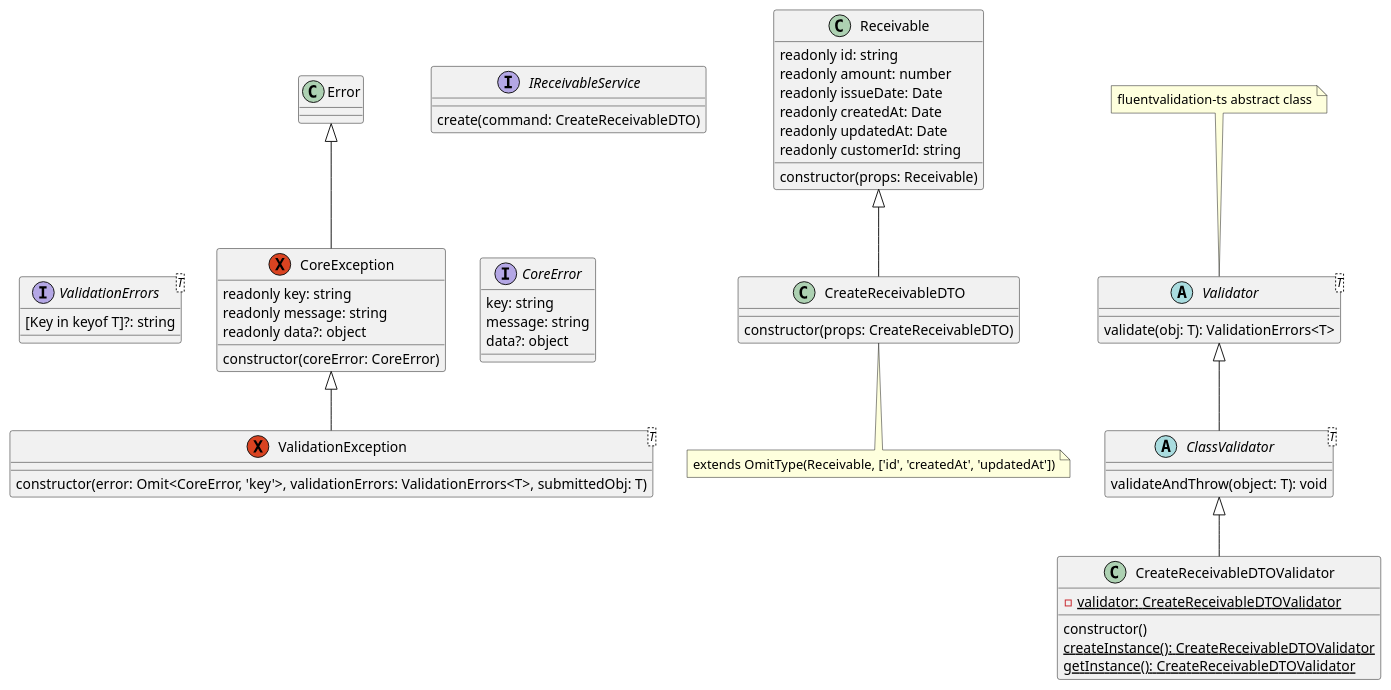
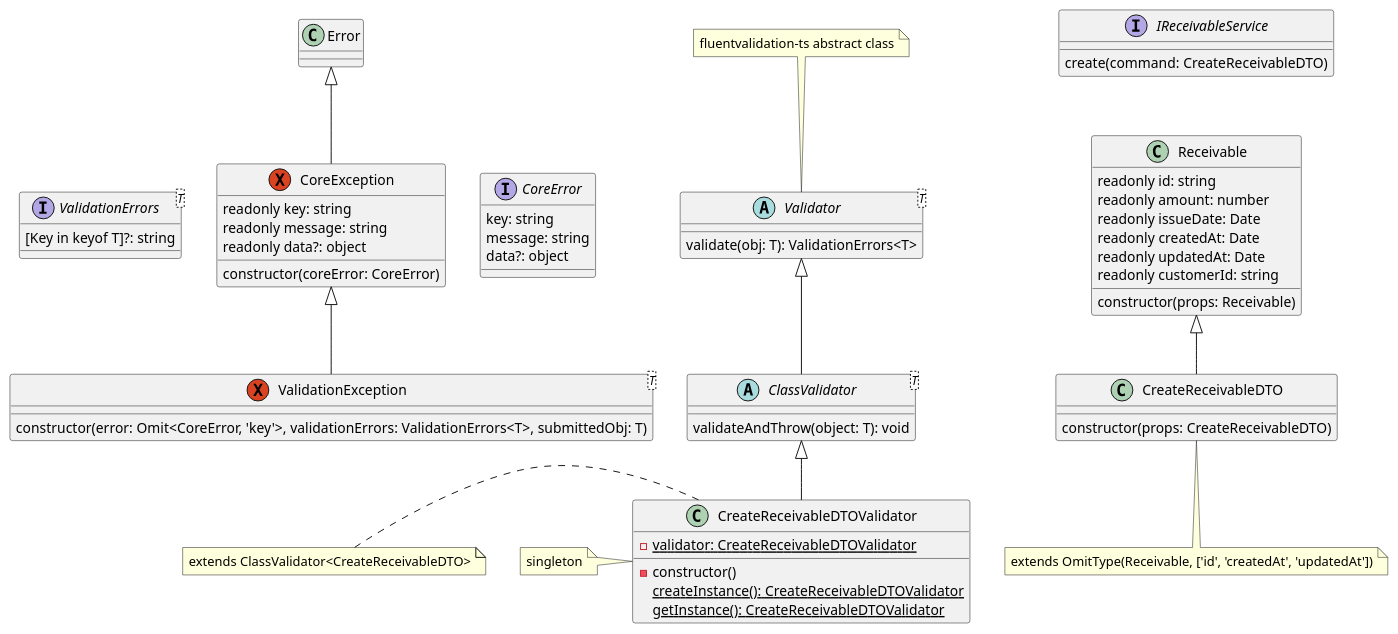
One commit to giancarloCavalli/class-validation-ts changed the diagram in docs/puml/class-validator-uml.wsd. Above: the diagram before and after it, drawn with PlantUML. The commit also changed 1 other file, not shown here.

Commit message:
docs: changes to class validation UML diagram

```diff
--- a/docs/puml/class-validator-uml.wsd
+++ b/docs/puml/class-validator-uml.wsd
@@ -1,69 +1,74 @@
 @startuml "ClassValidatorUML"
 
 interface IReceivableService {
   create(command: CreateReceivableDTO)
 }
 
 class Receivable {
   readonly id: string
   readonly amount: number
   readonly issueDate: Date
   readonly createdAt: Date
   readonly updatedAt: Date
   readonly customerId: string
 
   constructor(props: Receivable)
 }
+
+IReceivableService --[hidden]d> Receivable
 
 class CreateReceivableDTO extends Receivable {
   constructor(props: CreateReceivableDTO)
 }
 
 note bottom of CreateReceivableDTO : extends OmitType(Receivable, ['id', 'createdAt', 'updatedAt'])
 
 abstract class Validator<T> {
   validate(obj: T): ValidationErrors<T>
 }
 
 note top of Validator : fluentvalidation-ts abstract class
 
 abstract ClassValidator<T> extends Validator {
   validateAndThrow(object: T): void
 }
 
 class CreateReceivableDTOValidator extends ClassValidator {
   - {static} validator: CreateReceivableDTOValidator
 
-  constructor()
+  - constructor()
   {static} createInstance(): CreateReceivableDTOValidator
   {static} getInstance(): CreateReceivableDTOValidator
 }
+
+note left of CreateReceivableDTOValidator : extends ClassValidator<CreateReceivableDTO>
+note left of CreateReceivableDTOValidator : singleton
 
 exception CoreException extends Error {
   readonly key: string
   readonly message: string
   readonly data?: object
 
   constructor(coreError: CoreError)
 }
 
 interface CoreError {
   key: string
   message: string
   data?: object
 }
 
 CoreException --[hidden]r> CoreError
 
 CoreException --[hidden]l> ValidationErrors
 
 interface ValidationErrors<T> {
   [Key in keyof T]?: string
 }
 
 exception ValidationException<T> extends CoreException {
   constructor(error: Omit<CoreError, 'key'>, validationErrors: ValidationErrors<T>, submittedObj: T)
 }
 
 
 @enduml
```
